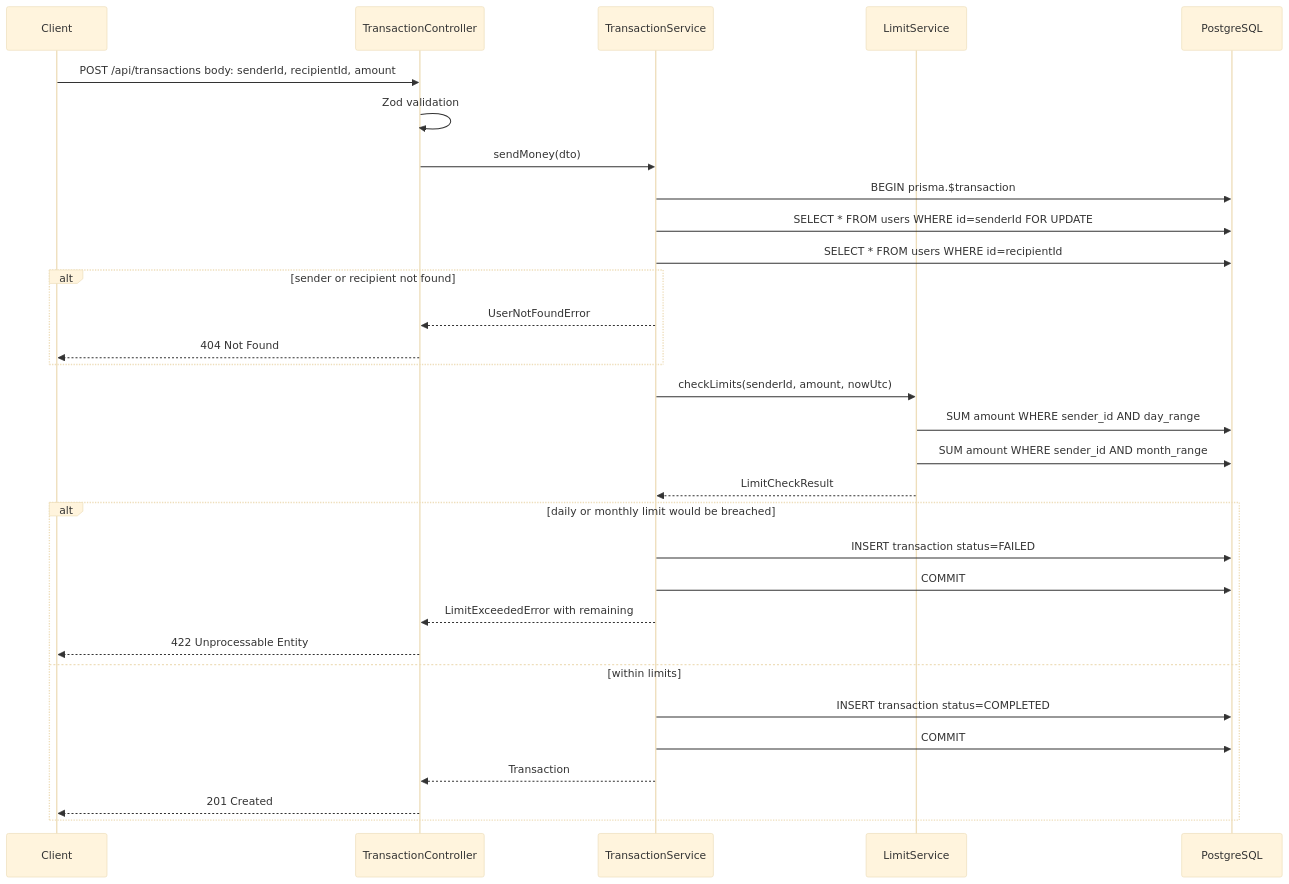
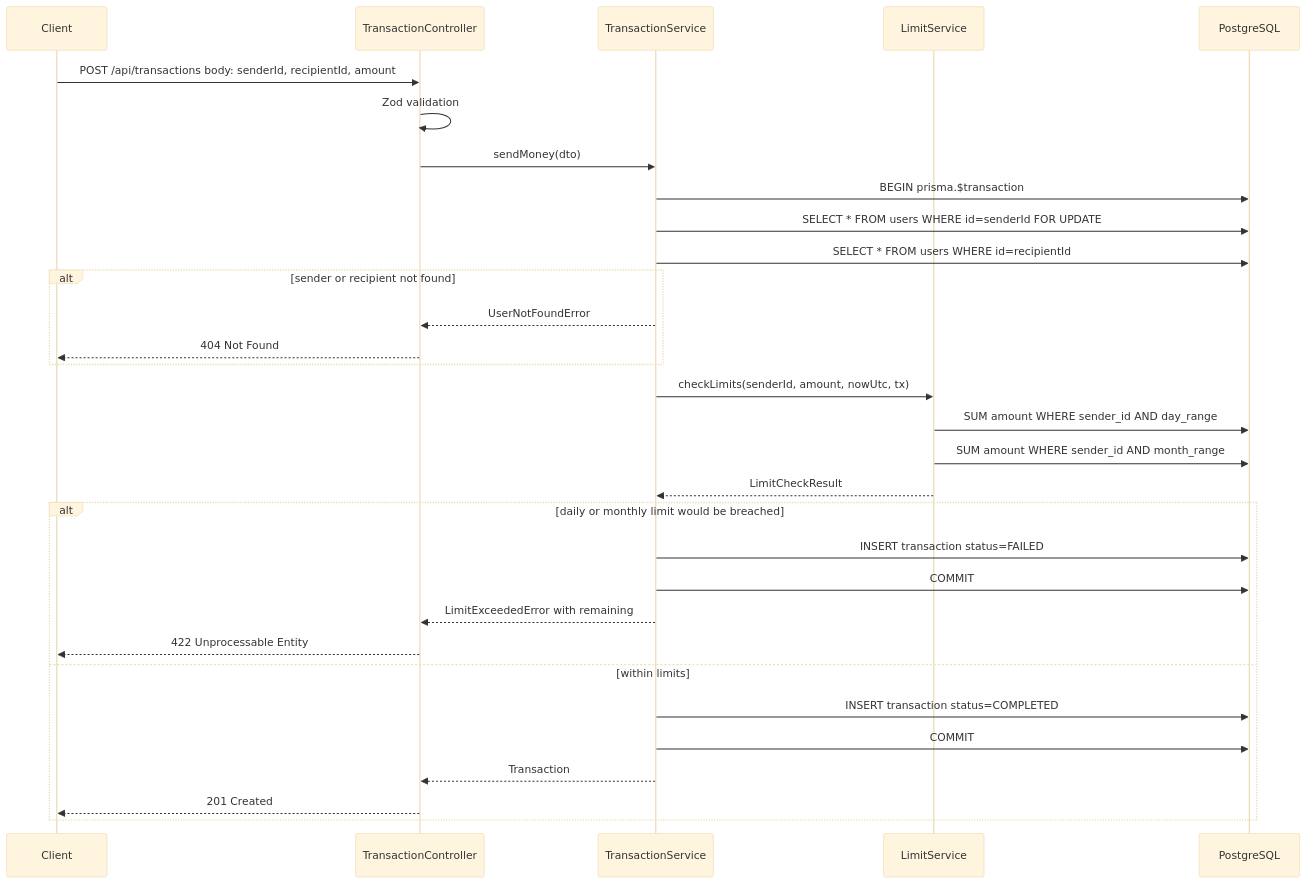
Before and after one commit to cchristopherjaudian/maya-jaudian-martech: the second of 4 diagrams in .sdd/specs/send-money-limits/design.md, drawn with Mermaid (base theme). The commit also changed other lines of this file and 2 other files, not shown here.

````diff
--- a/.sdd/specs/send-money-limits/design.md
+++ b/.sdd/specs/send-money-limits/design.md
@@ -112,34 +113,34 @@
 ```mermaid
 sequenceDiagram
     participant C as Client
     participant TC as TransactionController
     participant TS as TransactionService
     participant LS as LimitService
     participant DB as PostgreSQL
 
     C->>TC: POST /api/transactions body: senderId, recipientId, amount
     TC->>TC: Zod validation
     TC->>TS: sendMoney(dto)
     TS->>DB: BEGIN prisma.$transaction
     TS->>DB: SELECT * FROM users WHERE id=senderId FOR UPDATE
     TS->>DB: SELECT * FROM users WHERE id=recipientId
     alt sender or recipient not found
         TS-->>TC: UserNotFoundError
         TC-->>C: 404 Not Found
     end
-    TS->>LS: checkLimits(senderId, amount, nowUtc)
+    TS->>LS: checkLimits(senderId, amount, nowUtc, tx)
     LS->>DB: SUM amount WHERE sender_id AND day_range
     LS->>DB: SUM amount WHERE sender_id AND month_range
     LS-->>TS: LimitCheckResult
     alt daily or monthly limit would be breached
         TS->>DB: INSERT transaction status=FAILED
         TS->>DB: COMMIT
         TS-->>TC: LimitExceededError with remaining
         TC-->>C: 422 Unprocessable Entity
     else within limits
         TS->>DB: INSERT transaction status=COMPLETED
         TS->>DB: COMMIT
         TS-->>TC: Transaction
         TC-->>C: 201 Created
     end
 ```
````
